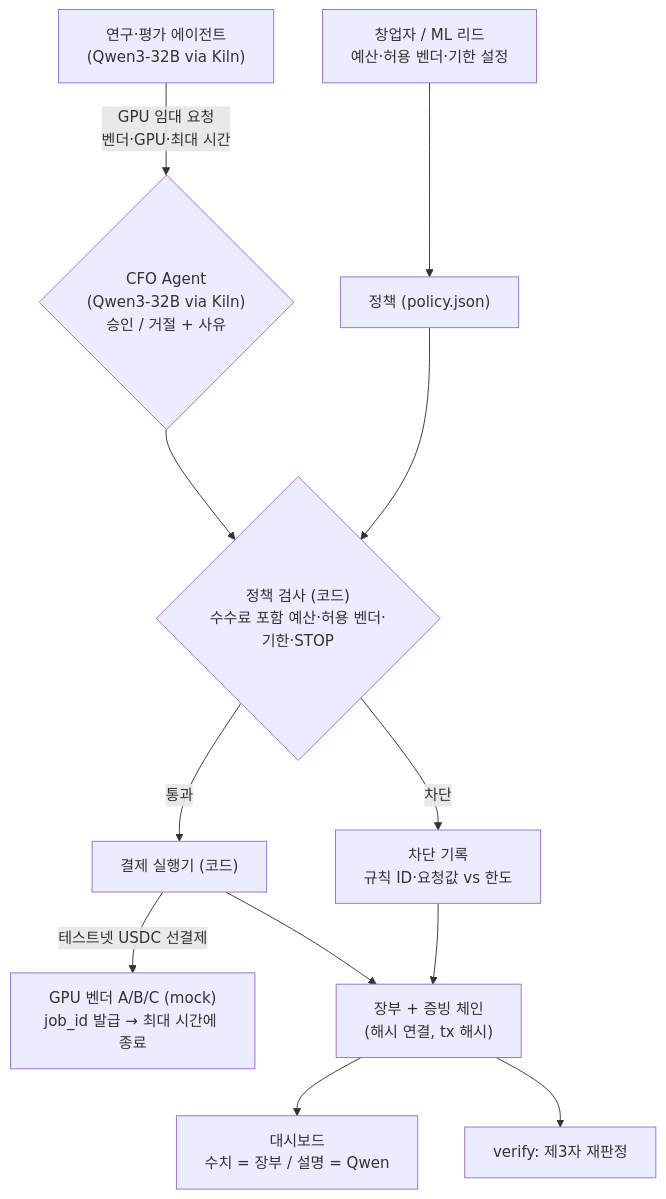
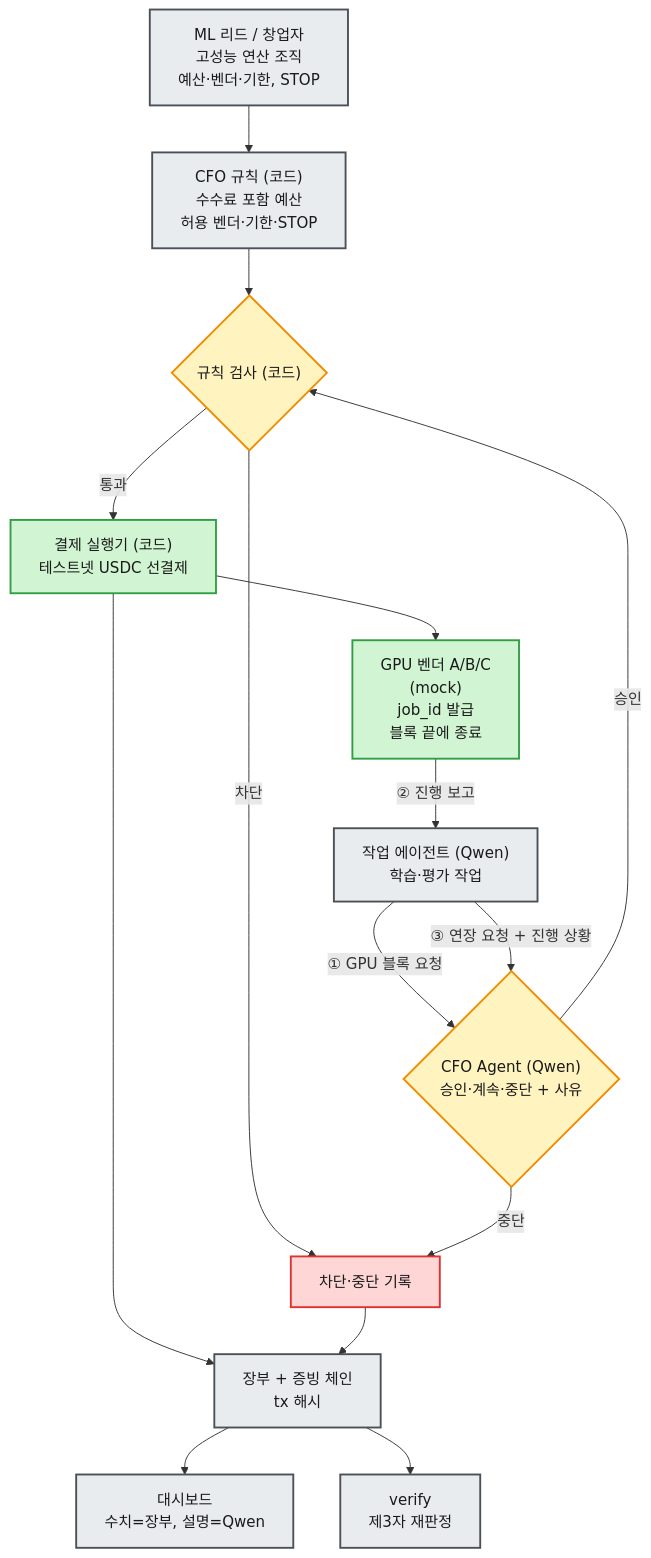
The diagram in README.md (Rehgud/GWDC2026), drawn with Mermaid before and after one commit. The commit also changed other lines of this file and 4 other files, not shown here.

First line of the commit message:
Update GPU marketplace design: block-based CFO loop, persona, vendor payment

````diff
--- a/README.md
+++ b/README.md
@@ -21,14 +21,28 @@
 ```mermaid
 graph TD
-    U["창업자 / ML 리드<br/>예산·허용 벤더·기한 설정"] --> P["정책 (policy.json)"]
-    W["연구·평가 에이전트<br/>(Qwen3-32B via Kiln)"] -->|"GPU 임대 요청<br/>벤더·GPU·최대 시간"| C{"CFO Agent<br/>(Qwen3-32B via Kiln)<br/>승인 / 거절 + 사유"}
-    C --> G{"정책 검사 (코드)<br/>수수료 포함 예산·허용 벤더·기한·STOP"}
+    U["ML 리드 / 창업자<br/>고성능 연산 조직<br/>예산·벤더·기한, STOP"]
+    W["작업 에이전트 (Qwen)<br/>학습·평가 작업"]
+    U --> P["CFO 규칙 (코드)<br/>수수료 포함 예산<br/>허용 벤더·기한·STOP"]
+    W -->|"① GPU 블록 요청"| C{"CFO Agent (Qwen)<br/>승인·계속·중단 + 사유"}
+    C -->|"승인"| G{"규칙 검사 (코드)"}
     P --> G
-    G -->|"통과"| X["결제 실행기 (코드)"]
-    G -->|"차단"| R["차단 기록<br/>규칙 ID·요청값 vs 한도"]
-    X -->|"테스트넷 USDC 선결제"| V["GPU 벤더 A/B/C (mock)<br/>job_id 발급 → 최대 시간에 종료"]
-    X --> L["장부 + 증빙 체인<br/>(해시 연결, tx 해시)"]
+    G -->|"통과"| X["결제 실행기 (코드)<br/>테스트넷 USDC 선결제"]
+    G -->|"차단"| R["차단·중단 기록"]
+    C -->|"중단"| R
+    X --> V["GPU 벤더 A/B/C<br/>(mock)<br/>job_id 발급<br/>블록 끝에 종료"]
+    V -->|"② 진행 보고"| W
+    W -->|"③ 연장 요청 + 진행 상황"| C
+    X --> L["장부 + 증빙 체인<br/>tx 해시"]
     R --> L
-    L --> D["대시보드<br/>수치 = 장부 / 설명 = Qwen"]
-    L --> VF["verify: 제3자 재판정"]
+    L --> D["대시보드<br/>수치=장부, 설명=Qwen"]
+    L --> VF["verify<br/>제3자 재판정"]
+
+    classDef approved fill:#d1f5d3,stroke:#2f9e44,stroke-width:2px,color:#1a1a1a;
+    classDef blocked fill:#ffd6d6,stroke:#e03131,stroke-width:2px,color:#1a1a1a;
+    classDef neutral fill:#e9ecef,stroke:#495057,stroke-width:2px,color:#1a1a1a;
+    classDef decision fill:#fff3bf,stroke:#f08c00,stroke-width:2px,color:#1a1a1a;
+    class X,V approved;
+    class R blocked;
+    class U,W,P,L,D,VF neutral;
+    class C,G decision;
 ```
````
